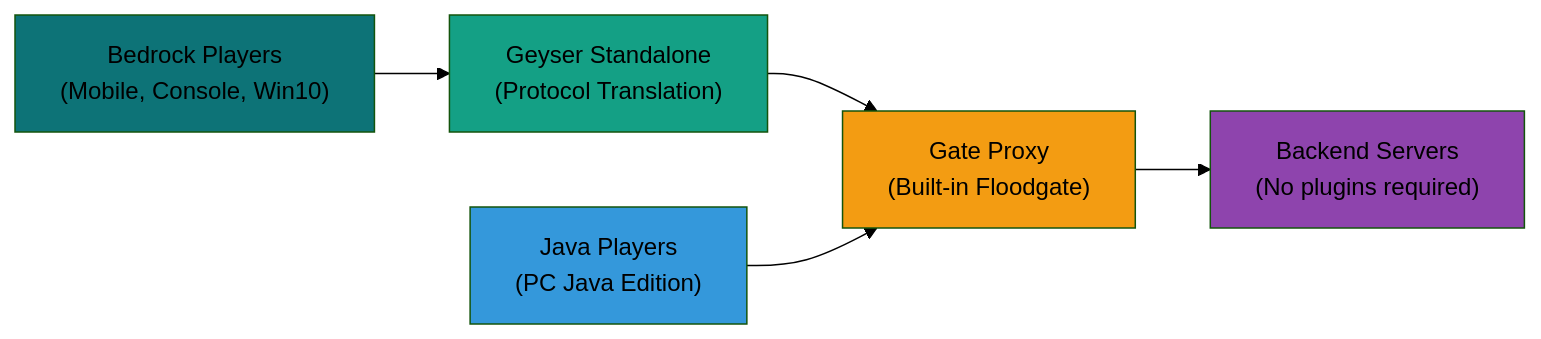
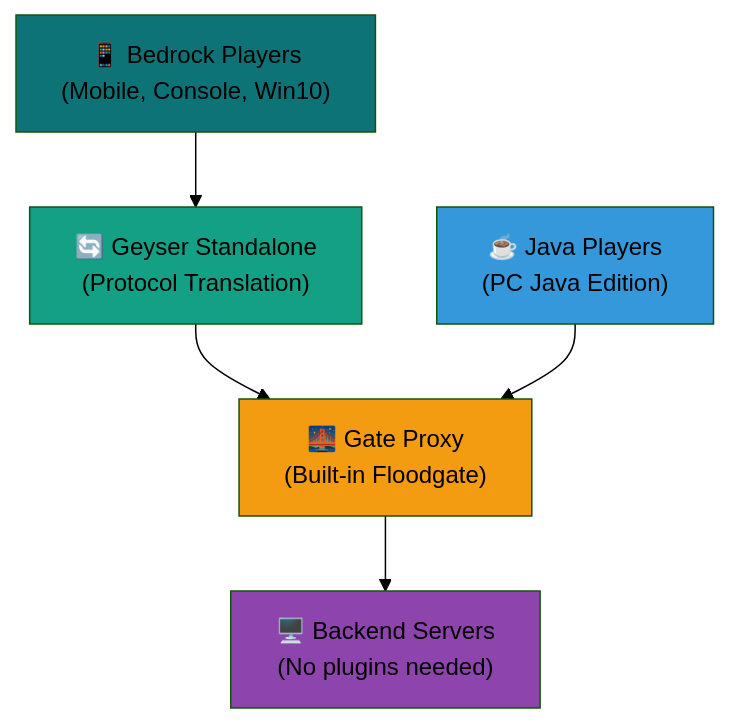
Before and after one commit to minekube/gate: the diagram in .web/docs/guide/bedrock.md, drawn with Mermaid (forest theme). The commit also changed other lines of this file and 8 other files, not shown here.

````diff
--- a/.web/docs/guide/bedrock.md
+++ b/.web/docs/guide/bedrock.md
@@ -9,14 +47,14 @@
 ```mermaid
-graph LR
-    A["Bedrock Players<br/>(Mobile, Console, Win10)"] --> B["Geyser Standalone<br/>(Protocol Translation)"]
-    B --> C["Gate Proxy<br/>(Built-in Floodgate)"]
-    C --> D["Backend Servers<br/>(No plugins required)"]
+graph TD
+    A["📱 Bedrock Players<br/>(Mobile, Console, Win10)"] --> B["🔄 Geyser Standalone<br/>(Protocol Translation)"]
+    B --> C["🌉 Gate Proxy<br/>(Built-in Floodgate)"]
+    C --> D["🖥️ Backend Servers<br/>(No plugins needed)"]
 
-    E["Java Players<br/>(PC Java Edition)"] --> C
+    E["☕ Java Players<br/>(PC Java Edition)"] --> C
 
     style A fill:#0d7377
     style B fill:#14a085
     style C fill:#f39c12
     style D fill:#8e44ad
     style E fill:#3498db
 ```
````
